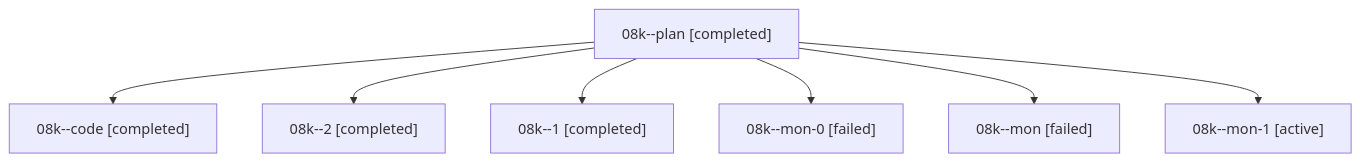
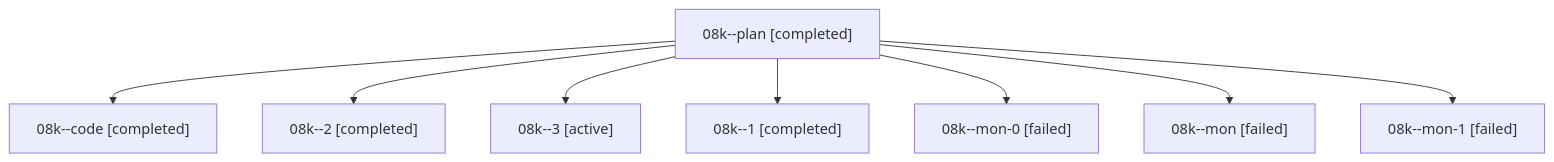
Before and after one commit to sase-org/sase--agents: the diagram in families/bbugyi200.athena.08k.md, drawn with Mermaid. The commit also changed other lines of this file and 66 other files, not shown here.

````diff
--- a/families/bbugyi200.athena.08k.md
+++ b/families/bbugyi200.athena.08k.md
@@ -9,16 +9,18 @@
 ```mermaid
 flowchart TD
   n0["08k--plan [completed]"]
   n1["08k--code [completed]"]
   n0 --> n1
   n2["08k--2 [completed]"]
   n0 --> n2
-  n3["08k--1 [completed]"]
+  n3["08k--3 [active]"]
   n0 --> n3
-  n4["08k--mon-0 [failed]"]
+  n4["08k--1 [completed]"]
   n0 --> n4
-  n5["08k--mon [failed]"]
+  n5["08k--mon-0 [failed]"]
   n0 --> n5
-  n6["08k--mon-1 [active]"]
+  n6["08k--mon [failed]"]
   n0 --> n6
+  n7["08k--mon-1 [failed]"]
+  n0 --> n7
 ```
````
